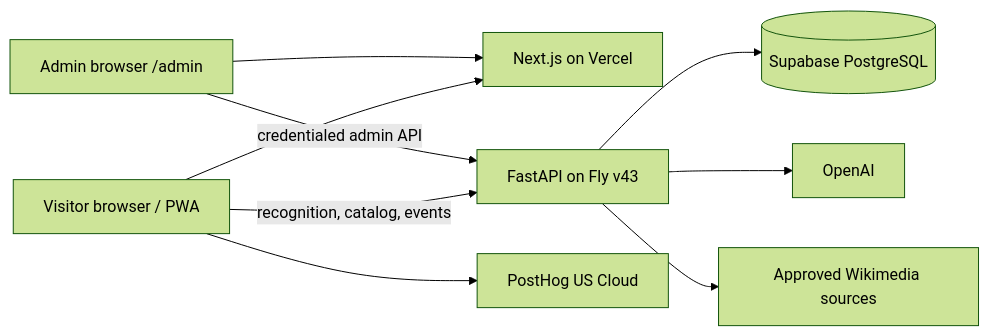
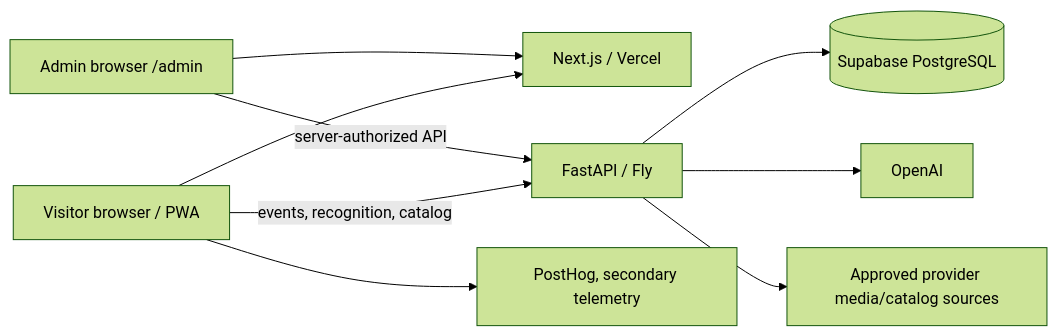
Before and after one commit to shopqrepublik/aura: the diagram in docs/architecture/SYSTEM_OVERVIEW.md, drawn with Mermaid (forest theme). The commit also changed other lines of this file and 31 other files, not shown here.

````diff
--- a/docs/architecture/SYSTEM_OVERVIEW.md
+++ b/docs/architecture/SYSTEM_OVERVIEW.md
@@ -7,11 +7,11 @@
 ```mermaid
 flowchart LR
-  U[Visitor browser / PWA] --> V[Next.js on Vercel]
-  U -->|recognition, catalog, events| F[FastAPI on Fly v43]
+  U[Visitor browser / PWA] --> V[Next.js / Vercel]
+  U -->|events, recognition, catalog| F[FastAPI / Fly]
   A[Admin browser /admin] --> V
-  A -->|credentialed admin API| F
+  A -->|server-authorized API| F
   F --> P[(Supabase PostgreSQL)]
   F --> O[OpenAI]
-  F --> W[Approved Wikimedia sources]
-  U --> H[PostHog US Cloud]
+  F --> S[Approved provider media/catalog sources]
+  U --> H[PostHog, secondary telemetry]
 ```
````
